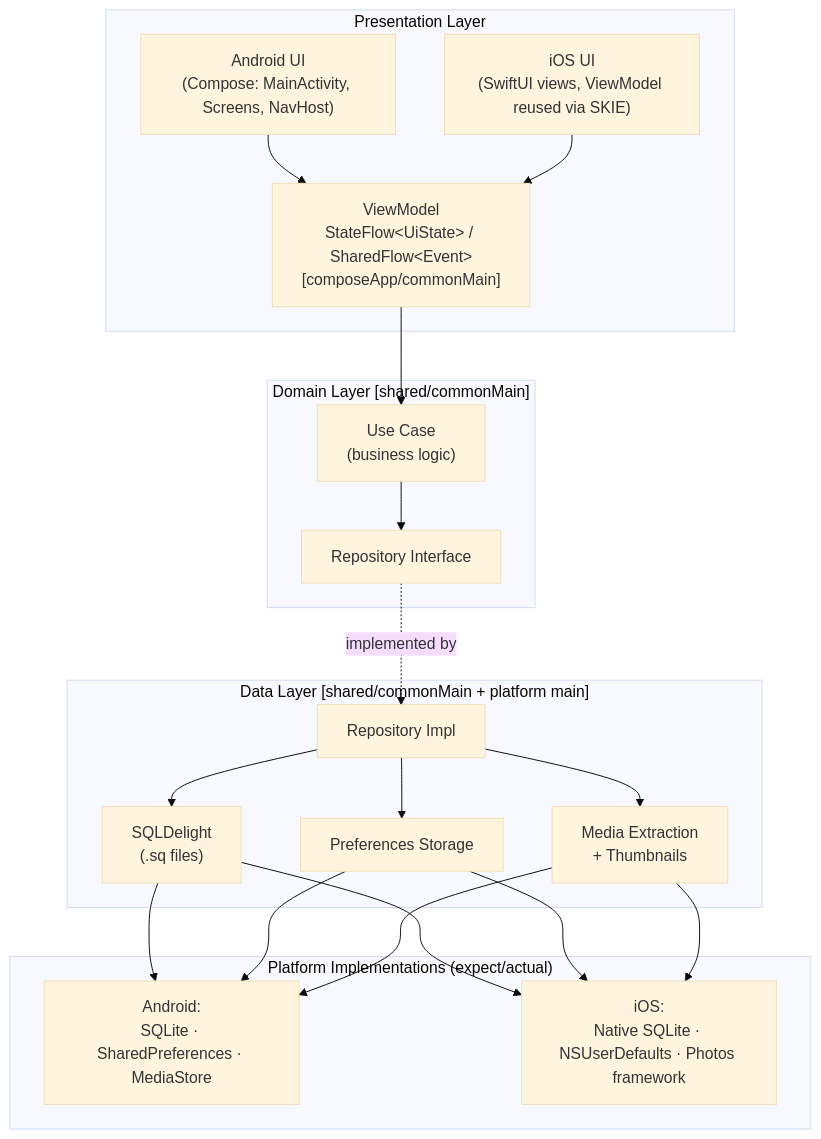
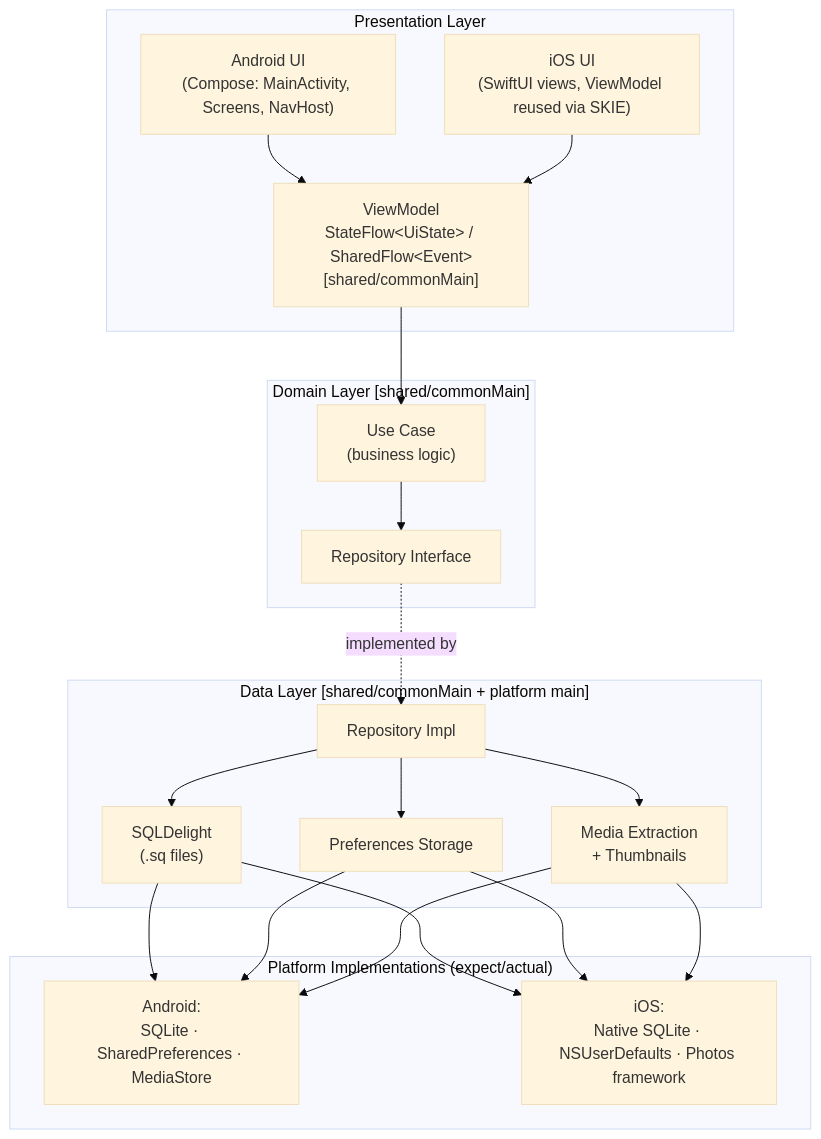
Before and after one commit to KiyohitoNara/biwa: the diagram in README.md, drawn with Mermaid (base theme). The commit also changed other lines of this file, not shown here.

Commit message:
Fix README architecture diagram module paths

````diff
--- a/README.md
+++ b/README.md
@@ -27,40 +27,40 @@
 ```mermaid
 flowchart TD
     subgraph Presentation["Presentation Layer"]
         Android["Android UI<br/>(Compose: MainActivity, Screens, NavHost)"]
         iOS["iOS UI<br/>(SwiftUI views, ViewModel reused via SKIE)"]
-        VM["ViewModel<br/>StateFlow&lt;UiState&gt; / SharedFlow&lt;Event&gt;<br/>[composeApp/commonMain]"]
+        VM["ViewModel<br/>StateFlow&lt;UiState&gt; / SharedFlow&lt;Event&gt;<br/>[shared/commonMain]"]
         Android --> VM
         iOS --> VM
     end
 
     subgraph Domain["Domain Layer  [shared/commonMain]"]
         UC["Use Case<br/>(business logic)"]
         RepoIf["Repository Interface"]
         UC --> RepoIf
     end
 
     subgraph Data["Data Layer  [shared/commonMain + platform main]"]
         RepoImpl["Repository Impl"]
         DB["SQLDelight<br/>(.sq files)"]
         Pref["Preferences Storage"]
         Media["Media Extraction<br/>+ Thumbnails"]
         RepoImpl --> DB
         RepoImpl --> Pref
         RepoImpl --> Media
     end
 
     subgraph Platform["Platform Implementations (expect/actual)"]
         AndroidImpl["Android:<br/>SQLite · SharedPreferences · MediaStore"]
         iOSImpl["iOS:<br/>Native SQLite · NSUserDefaults · Photos framework"]
     end
 
     VM --> UC
     RepoIf -.implemented by.-> RepoImpl
     DB --> AndroidImpl
     DB --> iOSImpl
     Pref --> AndroidImpl
     Pref --> iOSImpl
     Media --> AndroidImpl
     Media --> iOSImpl
 ```
````
